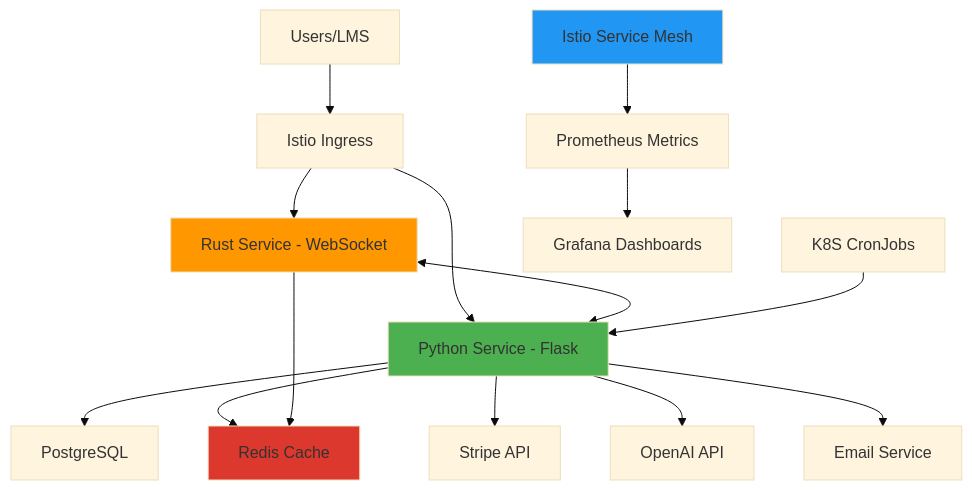
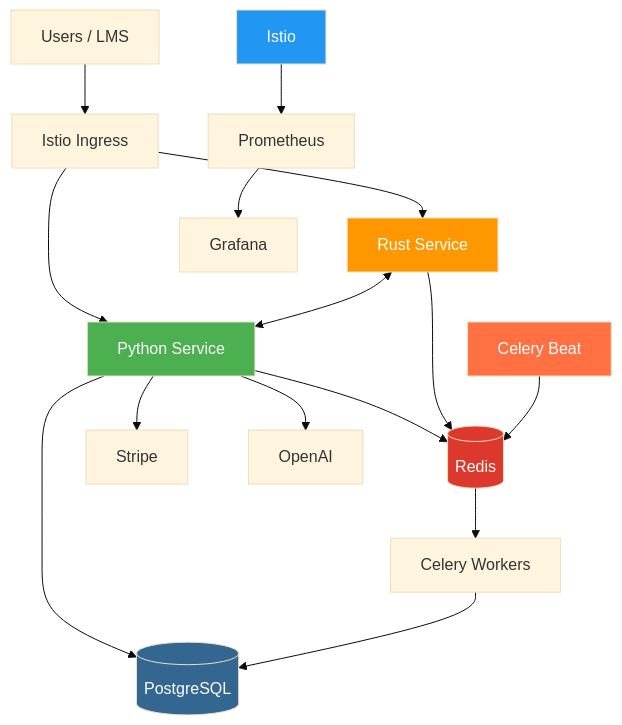
One commit to rayen-dhmaied/portfolio changed the diagram in content/projects/work-projects/quizship.md. Above: the diagram before and after it, drawn with Mermaid (base theme). The commit also changed other lines of this file, not shown here.

````diff
--- a/content/projects/work-projects/quizship.md
+++ b/content/projects/work-projects/quizship.md
@@ -31,25 +39,29 @@
 ```mermaid
 graph TD
-    A[Users/LMS] --> B[Istio Ingress]
-    B --> C[Python Service - Flask]
-    B --> D[Rust Service - WebSocket]
-    
-    C --> E[PostgreSQL]
-    C --> R[Redis Cache]
-    C --> F[Stripe API]
-    C --> G[OpenAI API]
-    C --> H[Email Service]
-    
+    A[Users / LMS] --> B[Istio Ingress]
+
+    B --> C[Python Service]
+    B --> D[Rust Service]
+
+    C --> E[(PostgreSQL)]
+    C --> R[(Redis)]
+    C --> F[Stripe]
+    C --> G[OpenAI]
+
+    D --> R
     D <--> C
-    D --> R
-    
-    J[K8S CronJobs] --> C
-    
-    K[Istio Service Mesh] --> L[Prometheus Metrics]
-    L --> M[Grafana Dashboards]
-    
-    style C fill:#4CAF50
-    style D fill:#FF9800
-    style K fill:#2196F3
-    style R fill:#DC382D
+
+    CB[Celery Beat] --> R
+    R --> CW[Celery Workers]
+    CW --> E
+
+    IS[Istio] --> P[Prometheus]
+    P --> M[Grafana]
+
+    style C fill:#4CAF50,color:#fff
+    style D fill:#FF9800,color:#fff
+    style R fill:#DC382D,color:#fff
+    style E fill:#336791,color:#fff
+    style IS fill:#2196F3,color:#fff
+    style CB fill:#FF7043,color:#fff
 ```
````
